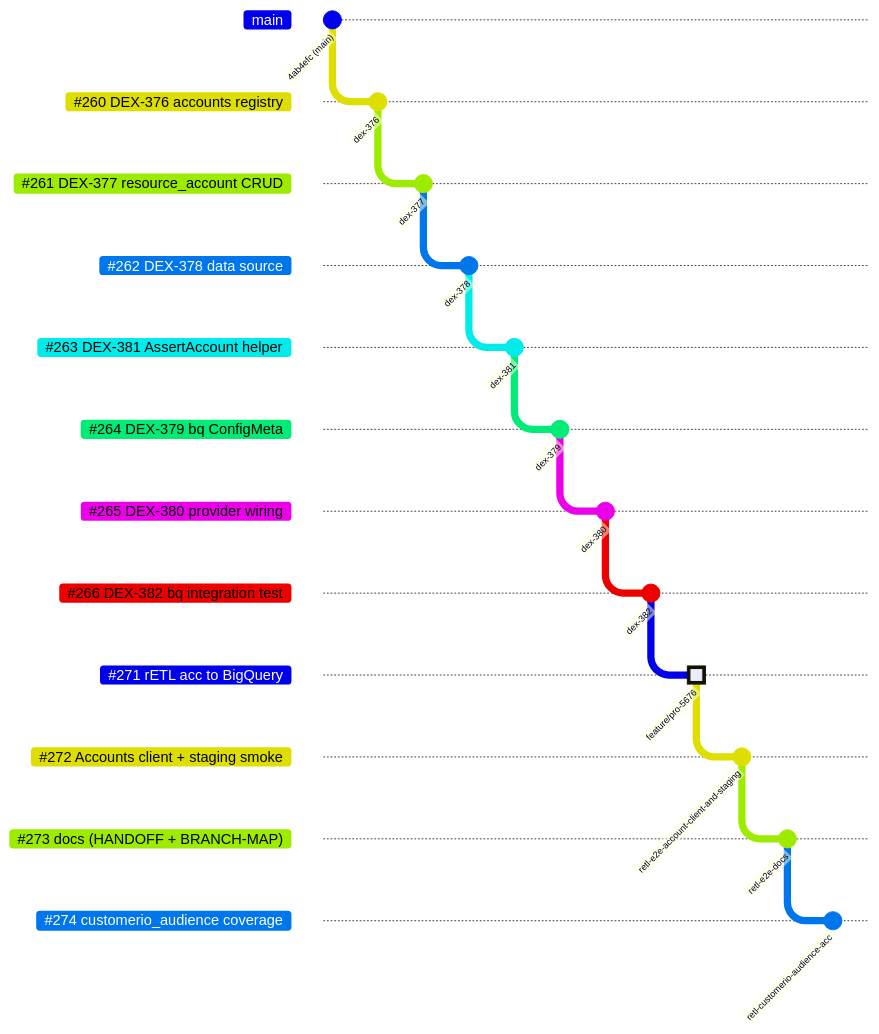
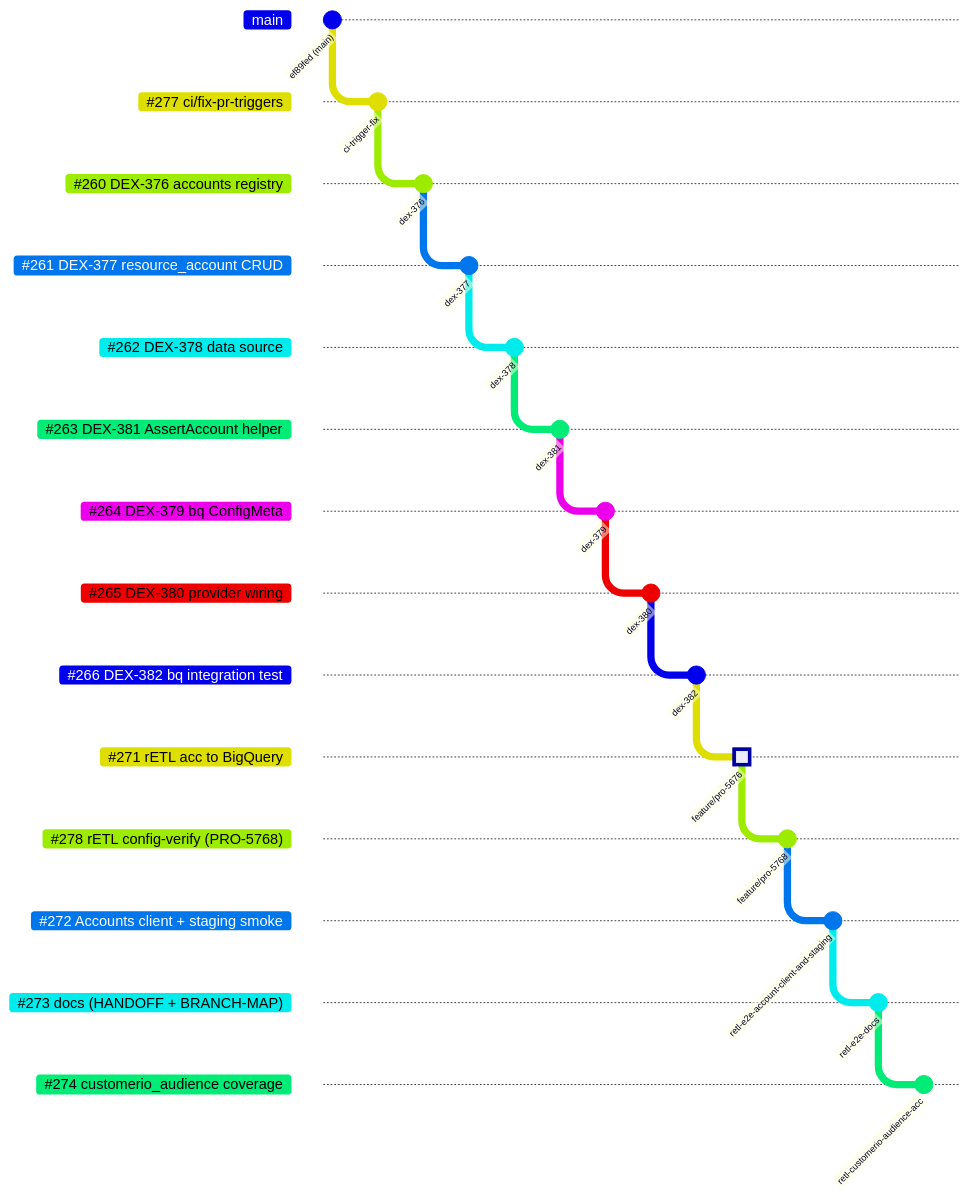
Before and after one commit to rudderlabs/terraform-provider-rudderstack: the first of 2 diagrams in test/e2e/staging/BRANCH-MAP.md, drawn with Mermaid. The commit also changed other lines of this file, not shown here.

Commit message:
docs(branch-map): update gitGraph for #277 root + #278 lane

🔒 Scanned for secrets using gitleaks 8.28.0

````diff
--- a/test/e2e/staging/BRANCH-MAP.md
+++ b/test/e2e/staging/BRANCH-MAP.md
@@ -10,27 +10,31 @@
 ```mermaid
 %%{init: {'gitGraph': {'mainBranchName': 'main'}}}%%
 gitGraph
-   commit id: "4ab4efc (main)"
+   commit id: "ef89fed (main)"
+   branch "#277 ci/fix-pr-triggers"
+   commit id: "ci-trigger-fix"
    branch "#260 DEX-376 accounts registry"
    commit id: "dex-376"
    branch "#261 DEX-377 resource_account CRUD"
    commit id: "dex-377"
    branch "#262 DEX-378 data source"
    commit id: "dex-378"
    branch "#263 DEX-381 AssertAccount helper"
    commit id: "dex-381"
    branch "#264 DEX-379 bq ConfigMeta"
    commit id: "dex-379"
    branch "#265 DEX-380 provider wiring"
    commit id: "dex-380"
    branch "#266 DEX-382 bq integration test"
    commit id: "dex-382"
    branch "#271 rETL acc to BigQuery"
    commit id: "feature/pro-5676" type: HIGHLIGHT
+   branch "#278 rETL config-verify (PRO-5768)"
+   commit id: "feature/pro-5768"
    branch "#272 Accounts client + staging smoke"
    commit id: "retl-e2e-account-client-and-staging"
    branch "#273 docs (HANDOFF + BRANCH-MAP)"
    commit id: "retl-e2e-docs"
    branch "#274 customerio_audience coverage"
    commit id: "retl-customerio-audience-acc"
 ```
````
